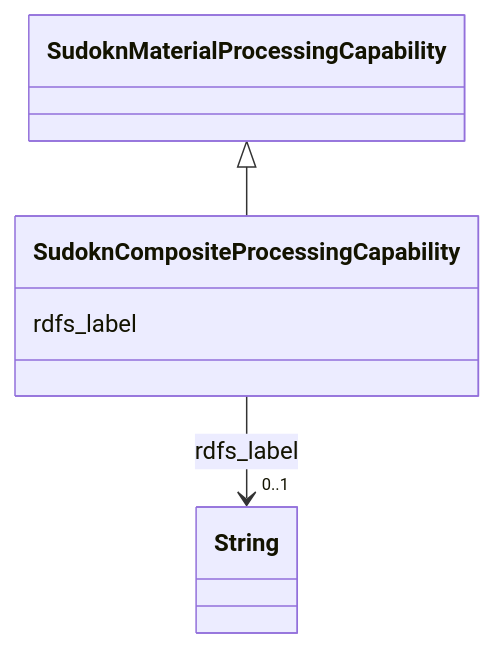
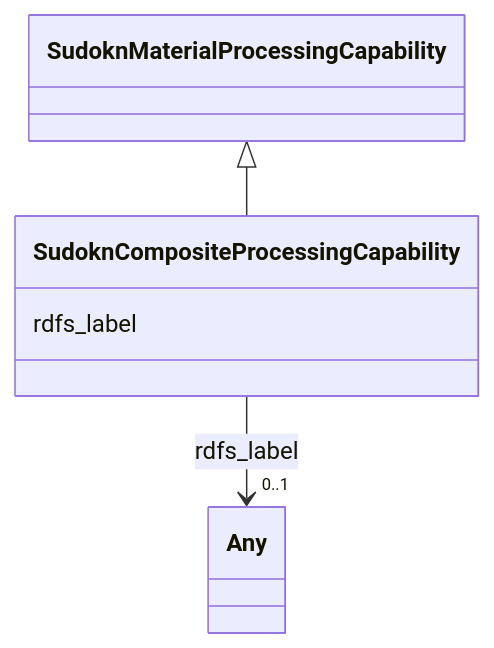
One commit to frink-okn/graph-descriptions changed the diagram in sudokn-kg/classes/SudoknCompositeProcessingCapability.md. Above: the diagram before and after it, drawn with Mermaid. The commit also changed other lines of this file and 903 other files, not shown here.

````diff
--- a/sudokn-kg/classes/SudoknCompositeProcessingCapability.md
+++ b/sudokn-kg/classes/SudoknCompositeProcessingCapability.md
@@ -23,18 +18,18 @@
 ```mermaid
  classDiagram
     class SudoknCompositeProcessingCapability
     click SudoknCompositeProcessingCapability href "../SudoknCompositeProcessingCapability"
       SudoknMaterialProcessingCapability <|-- SudoknCompositeProcessingCapability
         click SudoknMaterialProcessingCapability href "../SudoknMaterialProcessingCapability"
       
       SudoknCompositeProcessingCapability : rdfs_label
         
           
     
     
-    SudoknCompositeProcessingCapability --> "0..1" String : rdfs_label
-    click String href "../String"
+    SudoknCompositeProcessingCapability --> "0..1" Any : rdfs_label
+    click Any href "../Any"
 
         
       
 ```
````
